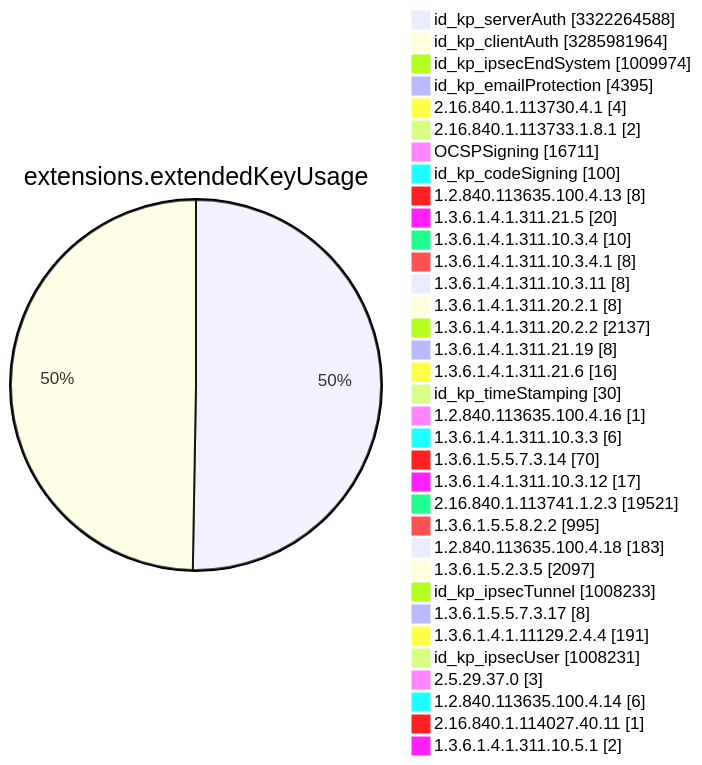
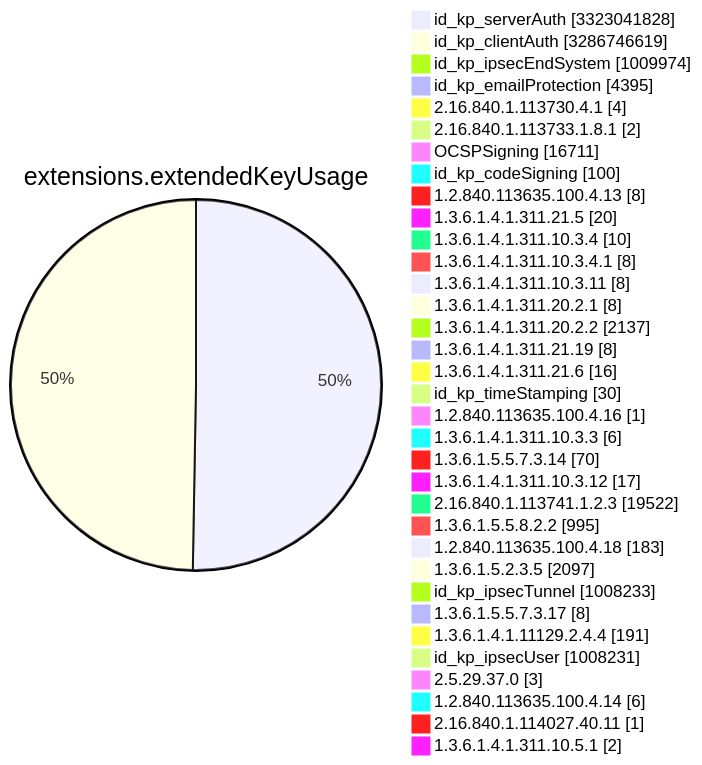
One commit to christiankrug/ctmonitor_visualization changed diagram 11 of 15 in TOTAL/README.md. Above: the diagram before and after it, drawn with Mermaid. The commit also changed other lines of this file, not shown here.

````diff
--- a/TOTAL/README.md
+++ b/TOTAL/README.md
@@ -4120,38 +4120,38 @@
 ```mermaid
 pie showData
 title extensions.extendedKeyUsage
-"id_kp_serverAuth" :3322264588
-"id_kp_clientAuth" :3285981964
+"id_kp_serverAuth" :3323041828
+"id_kp_clientAuth" :3286746619
 "id_kp_ipsecEndSystem" :1009974
 "id_kp_emailProtection" :4395
 "2.16.840.1.113730.4.1" :4
 "2.16.840.1.113733.1.8.1" :2
 "OCSPSigning" :16711
 "id_kp_codeSigning" :100
 "1.2.840.113635.100.4.13" :8
 "1.3.6.1.4.1.311.21.5" :20
 "1.3.6.1.4.1.311.10.3.4" :10
 "1.3.6.1.4.1.311.10.3.4.1" :8
 "1.3.6.1.4.1.311.10.3.11" :8
 "1.3.6.1.4.1.311.20.2.1" :8
 "1.3.6.1.4.1.311.20.2.2" :2137
 "1.3.6.1.4.1.311.21.19" :8
 "1.3.6.1.4.1.311.21.6" :16
 "id_kp_timeStamping" :30
 "1.2.840.113635.100.4.16" :1
 "1.3.6.1.4.1.311.10.3.3" :6
 "1.3.6.1.5.5.7.3.14" :70
 "1.3.6.1.4.1.311.10.3.12" :17
-"2.16.840.1.113741.1.2.3" :19521
+"2.16.840.1.113741.1.2.3" :19522
 "1.3.6.1.5.5.8.2.2" :995
 "1.2.840.113635.100.4.18" :183
 "1.3.6.1.5.2.3.5" :2097
 "id_kp_ipsecTunnel" :1008233
 "1.3.6.1.5.5.7.3.17" :8
 "1.3.6.1.4.1.11129.2.4.4" :191
 "id_kp_ipsecUser" :1008231
 "2.5.29.37.0" :3
 "1.2.840.113635.100.4.14" :6
 "2.16.840.1.114027.40.11" :1
 "1.3.6.1.4.1.311.10.5.1" :2
 ```
````
